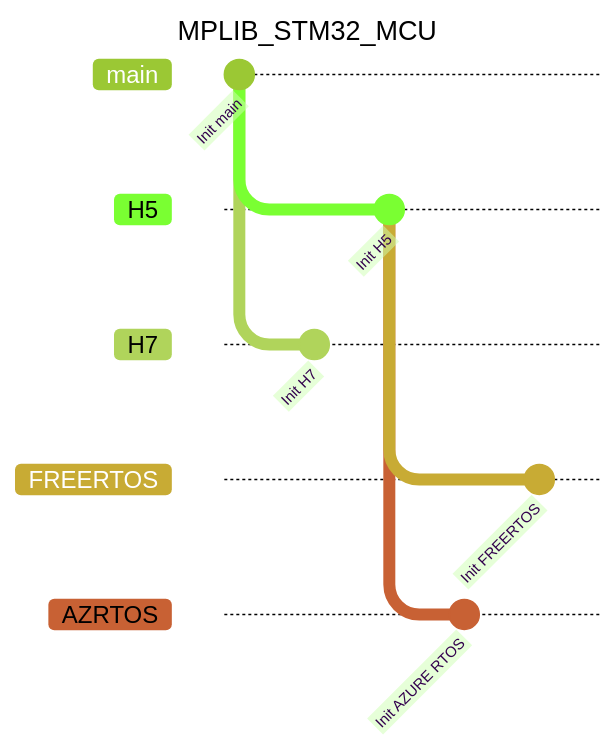
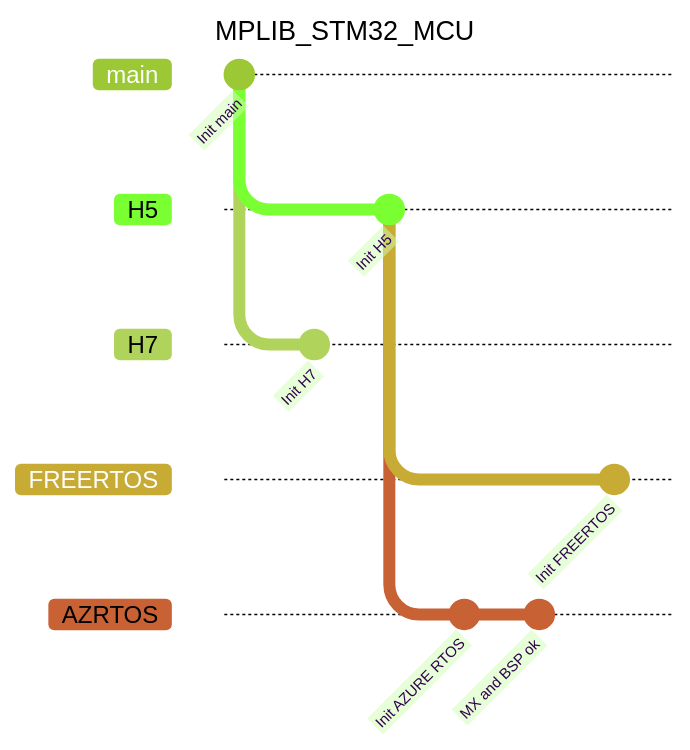
Before and after one commit to packetqc/MPLIB: the second of 4 diagrams in README.md, drawn with Mermaid (forest theme). The commit also changed 6 other files, not shown here.

````diff
--- a/README.md
+++ b/README.md
@@ -66,17 +66,18 @@
 ```mermaid
 ---
 title: MPLIB_STM32_MCU
 ---
 gitGraph
 commit id: "Init main"
 branch H5
 branch H7
 commit id: "Init H7"
 checkout H5
 commit id: "Init H5"
 branch FREERTOS
 branch AZRTOS
 commit id: "Init AZURE RTOS"
+commit id: "MX and BSP ok"
 checkout FREERTOS
 commit id: "Init FREERTOS"
 ```
````
